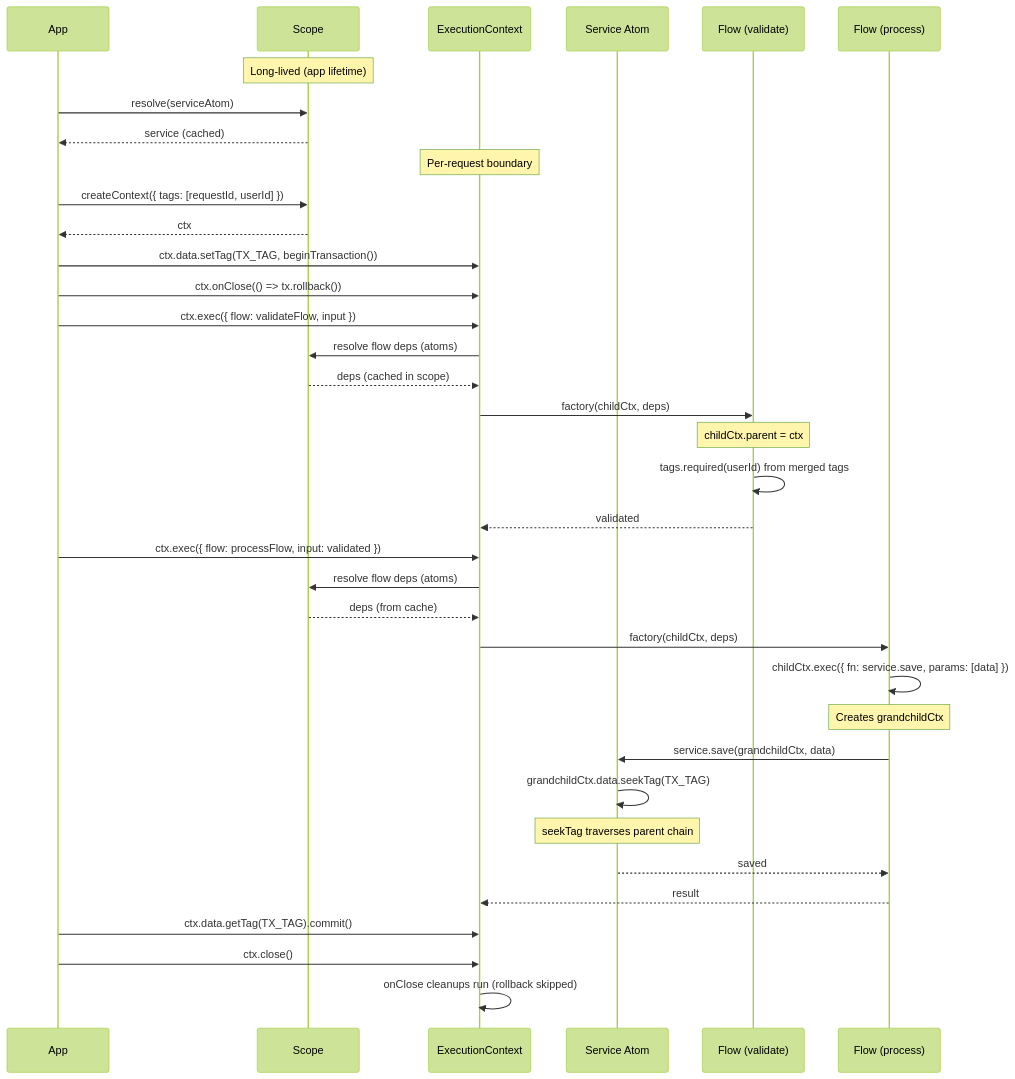
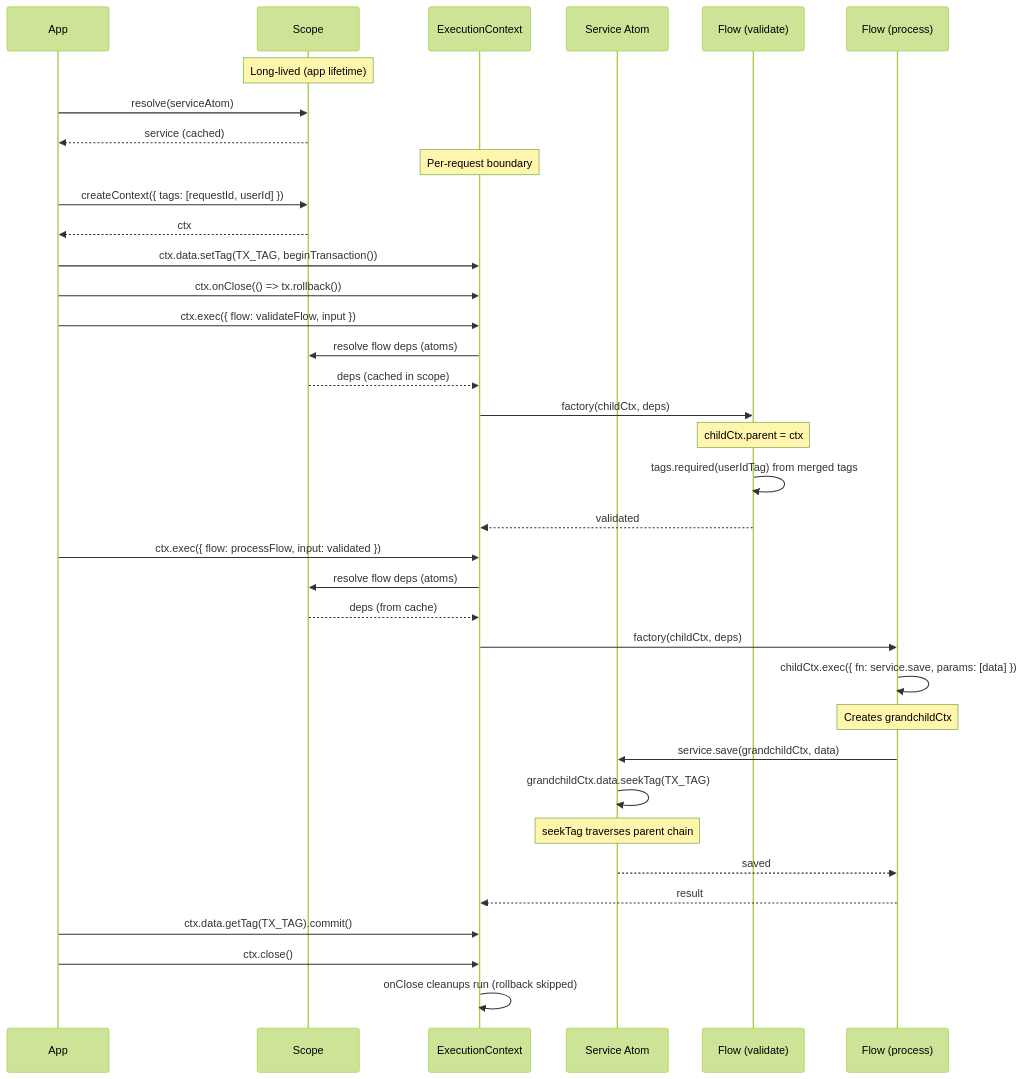
The first of 10 diagrams in packages/lite/PATTERNS.md (pumped-fn/pumped-fn), drawn with Mermaid (forest theme) before and after one commit. The commit also changed other lines of this file and 2 other files, not shown here.

First line of the commit message:
docs(lite): add Flow Deps & Execution pattern to PATTERNS.md

````diff
--- a/packages/lite/PATTERNS.md
+++ b/packages/lite/PATTERNS.md
@@ -22,44 +22,44 @@
 ```mermaid
 sequenceDiagram
     participant App
     participant Scope
     participant Context as ExecutionContext
     participant ServiceAtom as Service Atom
     participant Flow1 as Flow (validate)
     participant Flow2 as Flow (process)
 
     Note over Scope: Long-lived (app lifetime)
     App->>Scope: resolve(serviceAtom)
     Scope-->>App: service (cached)
 
     Note over Context: Per-request boundary
     App->>Scope: createContext({ tags: [requestId, userId] })
     Scope-->>App: ctx
 
     App->>Context: ctx.data.setTag(TX_TAG, beginTransaction())
     App->>Context: ctx.onClose(() => tx.rollback())
 
     App->>Context: ctx.exec({ flow: validateFlow, input })
     Context->>Scope: resolve flow deps (atoms)
     Scope-->>Context: deps (cached in scope)
     Context->>Flow1: factory(childCtx, deps)
     Note over Flow1: childCtx.parent = ctx
-    Flow1->>Flow1: tags.required(userId) from merged tags
+    Flow1->>Flow1: tags.required(userIdTag) from merged tags
     Flow1-->>Context: validated
 
     App->>Context: ctx.exec({ flow: processFlow, input: validated })
     Context->>Scope: resolve flow deps (atoms)
     Scope-->>Context: deps (from cache)
     Context->>Flow2: factory(childCtx, deps)
     Flow2->>Flow2: childCtx.exec({ fn: service.save, params: [data] })
     Note over Flow2: Creates grandchildCtx
     Flow2->>ServiceAtom: service.save(grandchildCtx, data)
     ServiceAtom->>ServiceAtom: grandchildCtx.data.seekTag(TX_TAG)
     Note over ServiceAtom: seekTag traverses parent chain
     ServiceAtom-->>Flow2: saved
     Flow2-->>Context: result
 
     App->>Context: ctx.data.getTag(TX_TAG).commit()
     App->>Context: ctx.close()
     Context->>Context: onClose cleanups run (rollback skipped)
 ```
````
